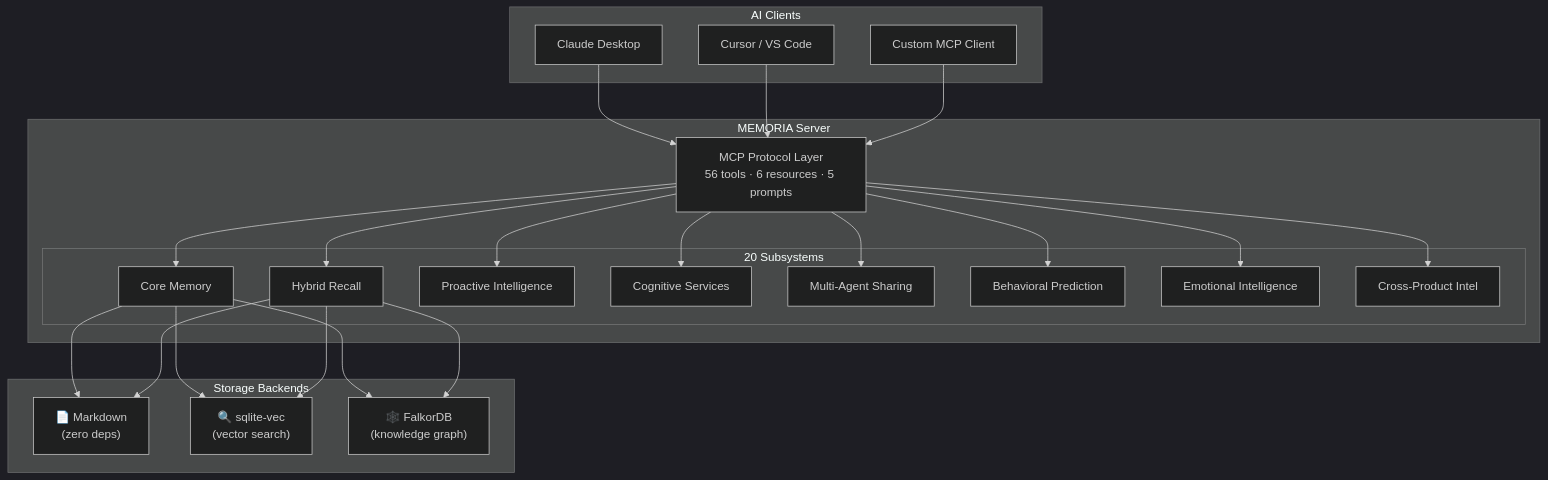
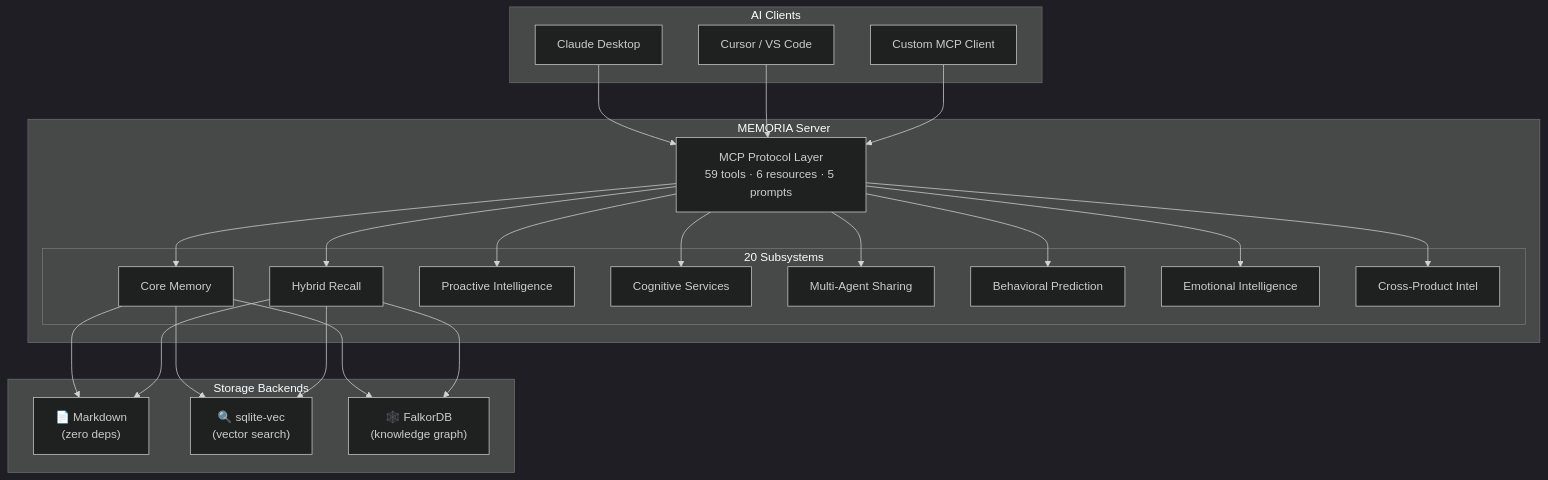
The first of 4 diagrams in docs/BUSINESS.md (naicud/memor-ia), drawn with Mermaid (dark theme) before and after one commit. The commit also changed other lines of this file and 20 other files, not shown here.

````diff
--- a/docs/BUSINESS.md
+++ b/docs/BUSINESS.md
@@ -11,32 +11,32 @@
 ```mermaid
 graph TB
     subgraph "AI Clients"
         C1["Claude Desktop"]
         C2["Cursor / VS Code"]
         C3["Custom MCP Client"]
     end
 
     subgraph "MEMORIA Server"
-        MCP["MCP Protocol Layer<br/>56 tools · 6 resources · 5 prompts"]
+        MCP["MCP Protocol Layer<br/>59 tools · 6 resources · 5 prompts"]
         subgraph "20 Subsystems"
             S1["Core Memory"]
             S2["Hybrid Recall"]
             S3["Proactive Intelligence"]
             S4["Cognitive Services"]
             S5["Multi-Agent Sharing"]
             S6["Behavioral Prediction"]
             S7["Emotional Intelligence"]
             S8["Cross-Product Intel"]
         end
     end
 
     subgraph "Storage Backends"
         MD["📄 Markdown<br/>(zero deps)"]
         VEC["🔍 sqlite-vec<br/>(vector search)"]
         GR["🕸️ FalkorDB<br/>(knowledge graph)"]
     end
 
     C1 & C2 & C3 --> MCP
     MCP --> S1 & S2 & S3 & S4 & S5 & S6 & S7 & S8
     S1 & S2 --> MD & VEC & GR
 ```
````
